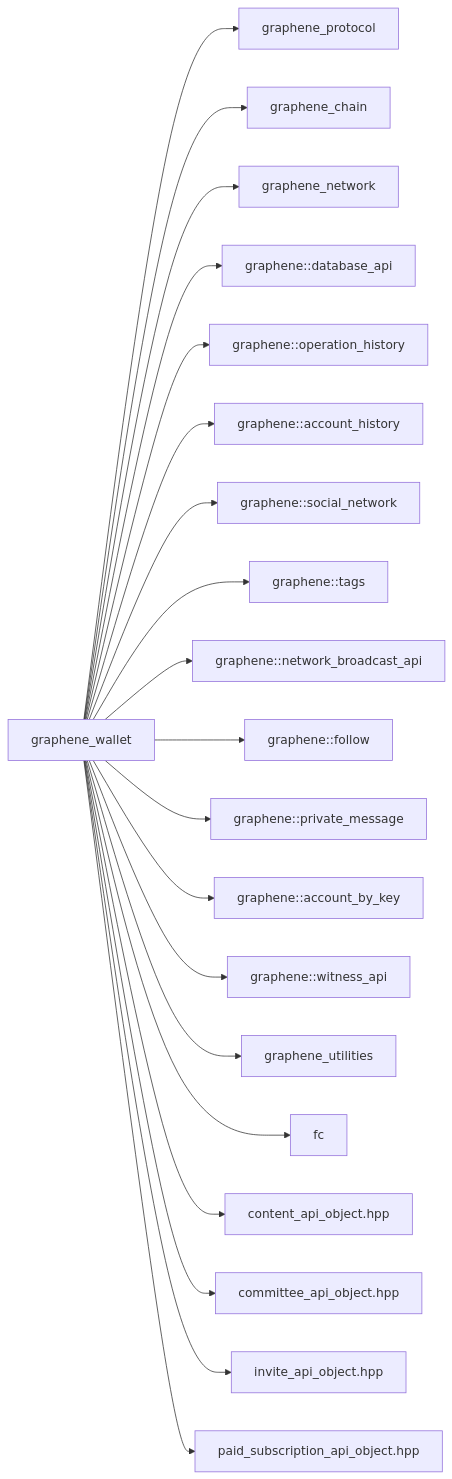
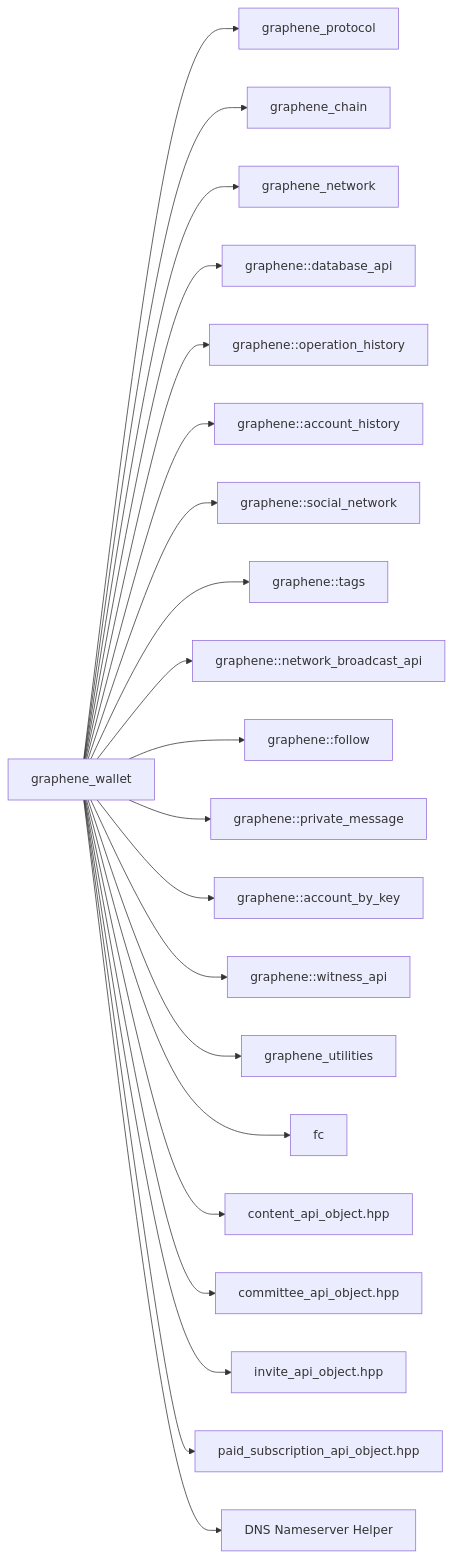
One commit to VIZ-Blockchain/viz-cpp-node changed the sixth of 6 diagrams in .qoder/repowiki/en/content/Architecture Overview/Core Libraries/Wallet Library.md. Above: the diagram before and after it, drawn with Mermaid. The commit also changed other lines of this file and 9 other files, not shown here.

````diff
--- a/.qoder/repowiki/en/content/Architecture Overview/Core Libraries/Wallet Library.md
+++ b/.qoder/repowiki/en/content/Architecture Overview/Core Libraries/Wallet Library.md
@@ -482,22 +531,23 @@
 ```mermaid
 graph LR
 Wallet["graphene_wallet"] --> Protocol["graphene_protocol"]
 Wallet --> Chain["graphene_chain"]
 Wallet --> Network["graphene_network"]
 Wallet --> DB["graphene::database_api"]
 Wallet --> OpHist["graphene::operation_history"]
 Wallet --> AccHist["graphene::account_history"]
 Wallet --> Social["graphene::social_network"]
 Wallet --> Tags["graphene::tags"]
 Wallet --> NetBCast["graphene::network_broadcast_api"]
 Wallet --> Follow["graphene::follow"]
 Wallet --> PM["graphene::private_message"]
 Wallet --> AccByKey["graphene::account_by_key"]
 Wallet --> Witness["graphene::witness_api"]
 Wallet --> Util["graphene_utilities"]
 Wallet --> FC["fc"]
 Wallet --> ContentAPI["content_api_object.hpp"]
 Wallet --> CommitteeAPI["committee_api_object.hpp"]
 Wallet --> InviteAPI["invite_api_object.hpp"]
 Wallet --> PaidSubAPI["paid_subscription_api_object.hpp"]
+Wallet --> DNSHelper["DNS Nameserver Helper"]
 ```
````
